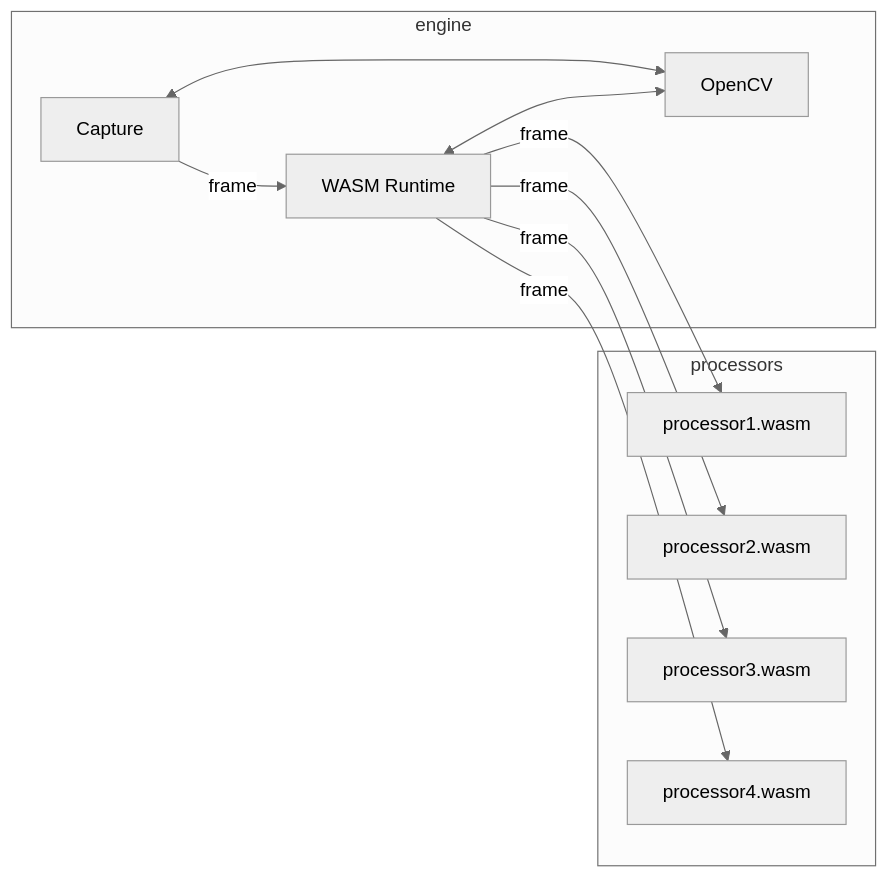
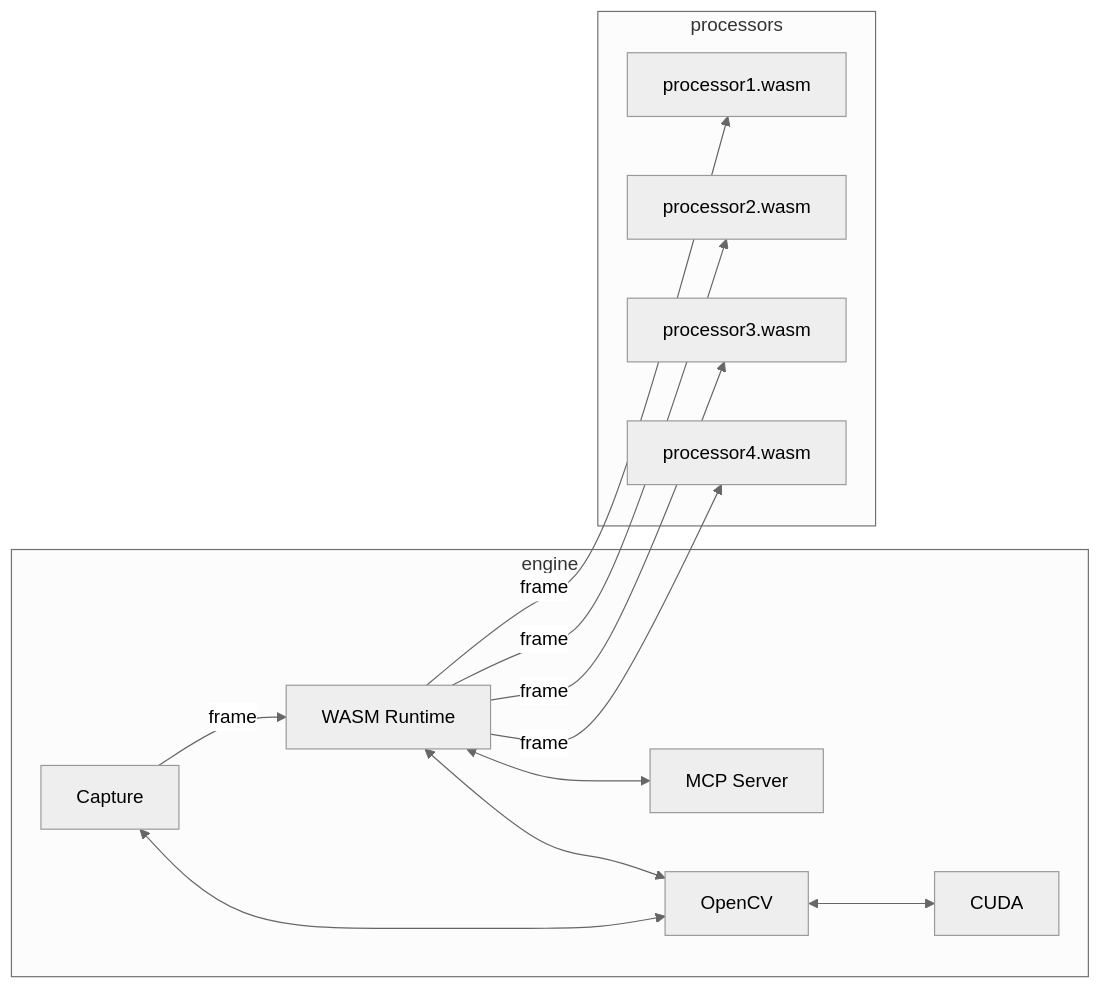
The diagram in README.md (wasmvision/wasmvision), drawn with Mermaid (neutral theme) before and after one commit. The commit also changed 3 other files, not shown here.

````diff
--- a/README.md
+++ b/README.md
@@ -17,16 +17,18 @@
 ```mermaid
 flowchart LR
     subgraph engine
         Capture
         Runtime[WASM Runtime]
+        Runtime<-->MCP[MCP Server]
         Capture--frame-->Runtime
         Capture<-->OpenCV
         Runtime<-->OpenCV
+        OpenCV<-->CUDA
     end
     subgraph processors
         Runtime--frame-->processor1.wasm
         Runtime--frame-->processor2.wasm
         Runtime--frame-->processor3.wasm
         Runtime--frame-->processor4.wasm
     end
 ```
````
